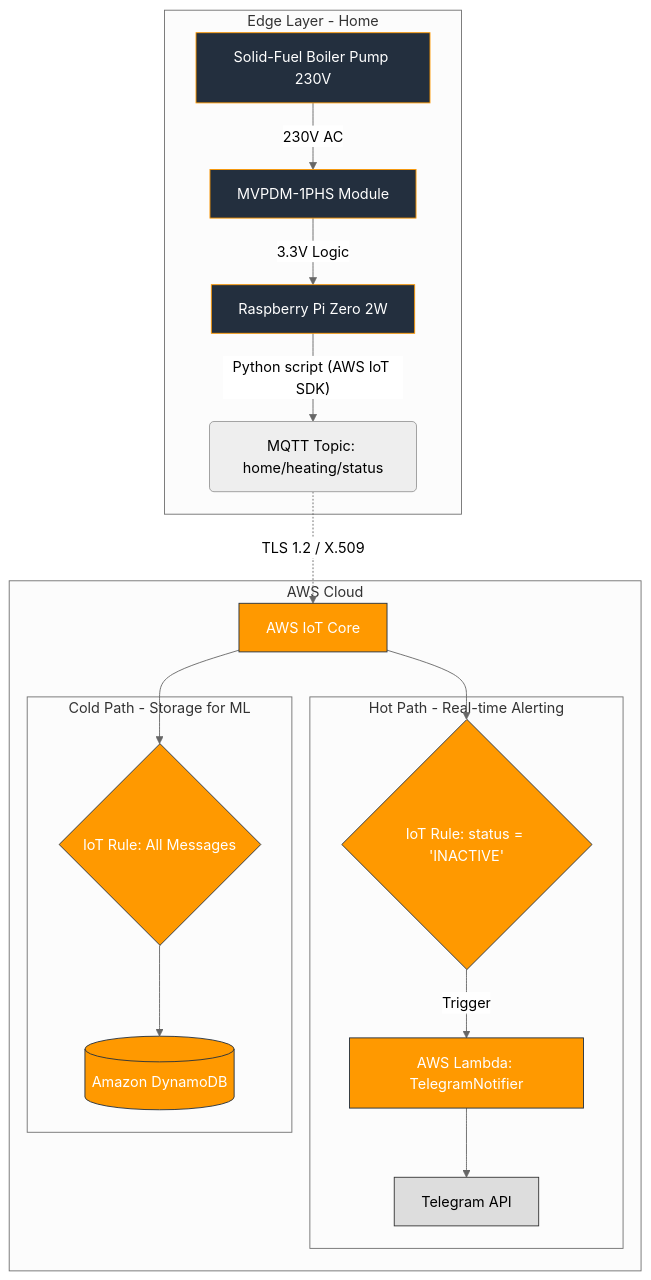
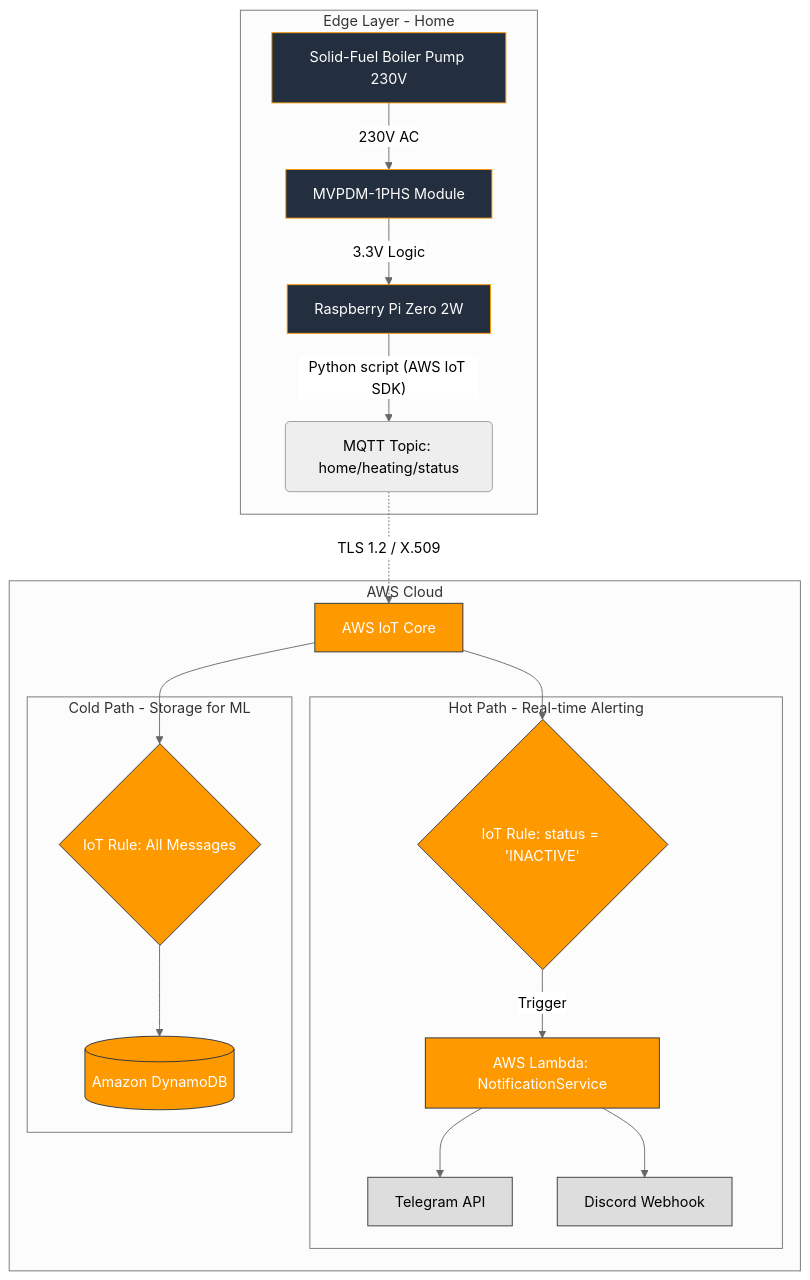
Before and after one commit to barnapet/heating-monitor-iot: the diagram in README.md, drawn with Mermaid (neutral theme). The commit also changed other lines of this file and 11 other files, not shown here.

Commit message:
feat(notifier): implement multi-channel interface, add Discord support, refactor alerting logic, migrate Telegram to urllib+HTML, update Lambda for multi-channel broadcasting, extend CDK with Discord params, update docs

````diff
--- a/README.md
+++ b/README.md
@@ -17,41 +17,43 @@
 ```mermaid
 flowchart TD
     subgraph Edge_Layer [Edge Layer - Home]
         Pump[Solid-Fuel Boiler Pump 230V] -- 230V AC --> Opto[MVPDM-1PHS Module]
         Opto -- 3.3V Logic --> Pi[Raspberry Pi Zero 2W]
         Pi -- "Python script (AWS IoT SDK)" --> MQTT_Out(MQTT Topic: home/heating/status)
     end
 
     subgraph AWS_Cloud [AWS Cloud]
         IoT[AWS IoT Core]
         
         MQTT_Out -.-> |TLS 1.2 / X.509| IoT
         
         subgraph Hot_Path [Hot Path - Real-time Alerting]
             Rule_Alert{IoT Rule: status = 'INACTIVE'} 
-            Lambda[AWS Lambda: TelegramNotifier]
+            Lambda[AWS Lambda: NotificationService]
             Telegram_API[Telegram API]
+            Discord_API[Discord Webhook]
         end
         
         subgraph Cold_Path [Cold Path - Storage for ML]
             Rule_Store{IoT Rule: All Messages}
             DynamoDB[(Amazon DynamoDB)]
         end
         
         IoT --> Rule_Alert
         IoT --> Rule_Store
         
         Rule_Alert -- Trigger --> Lambda
         Lambda --> Telegram_API
+        Lambda --> Discord_API
         
         Rule_Store --> DynamoDB
     end
 
     classDef aws fill:#FF9900,stroke:#232F3E,color:white;
     classDef edge fill:#232F3E,stroke:#FF9900,color:white;
     classDef ext fill:#ddd,stroke:#333,color:black;
     
     class IoT,Lambda,DynamoDB,Rule_Alert,Rule_Store aws;
     class Pi,Opto,Pump edge;
-    class Telegram_API ext;
-```	
+    class Telegram_API,Discord_API ext;
+```
````
